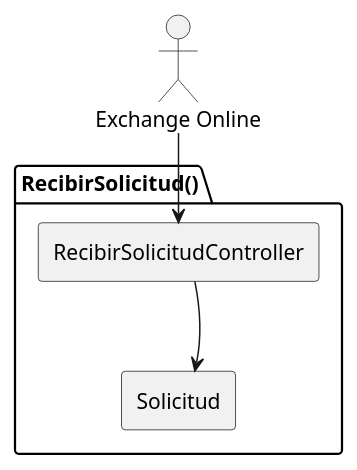
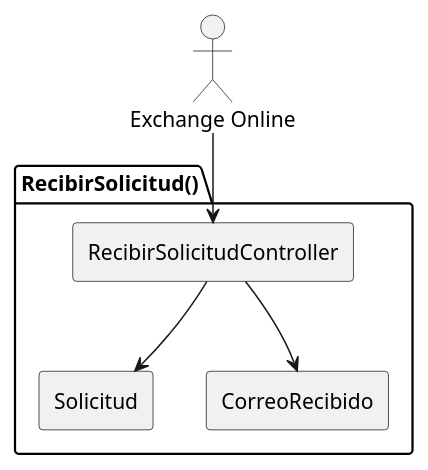
One commit to ceesargaarcia/GII-TFG-2026 changed the diagram in Estudiantes/jorge-otero/capitulo3/DdC/codigo/RecibirSolicitud.puml. Above: the diagram before and after it, drawn with PlantUML. The commit also changed 24 other files, not shown here.

Commit message:
Diagramas de Secuencia

```diff
--- a/Estudiantes/jorge-otero/capitulo3/DdC/codigo/RecibirSolicitud.puml
+++ b/Estudiantes/jorge-otero/capitulo3/DdC/codigo/RecibirSolicitud.puml
@@ -1,19 +1,22 @@
 @startuml RecibirSolicitud
 top to bottom direction
 
 actor "Exchange Online" as Exchange
 
 package "RecibirSolicitud()" {
 
   rectangle "RecibirSolicitudController" as Controller
   rectangle "Solicitud" as Solicitud
+  rectangle "CorreoRecibido" as CorreoRecibido
 
   Controller -[hidden]-> Solicitud
+  Controller -[hidden]-> CorreoRecibido
 
   Controller --> Solicitud
+  Controller --> CorreoRecibido
 
 }
 
 Exchange --> Controller
 
 @enduml
```
